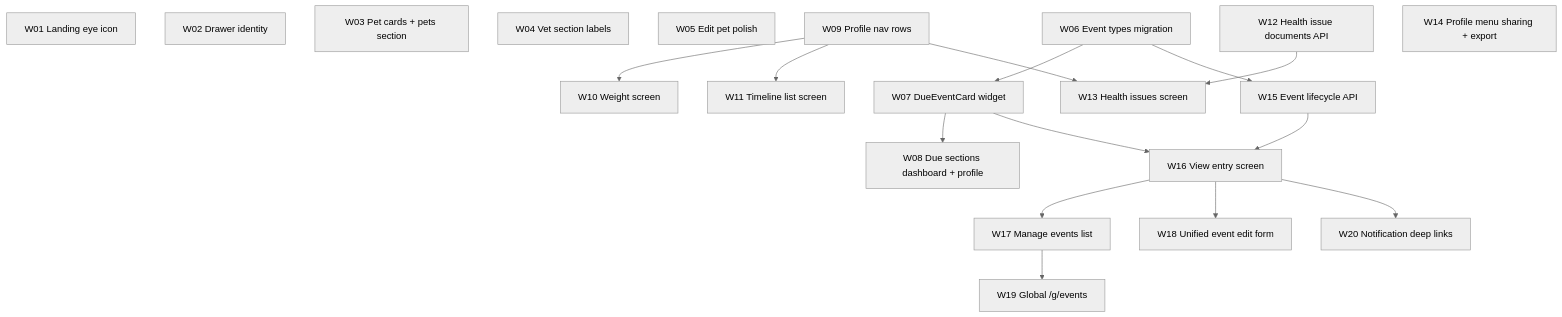
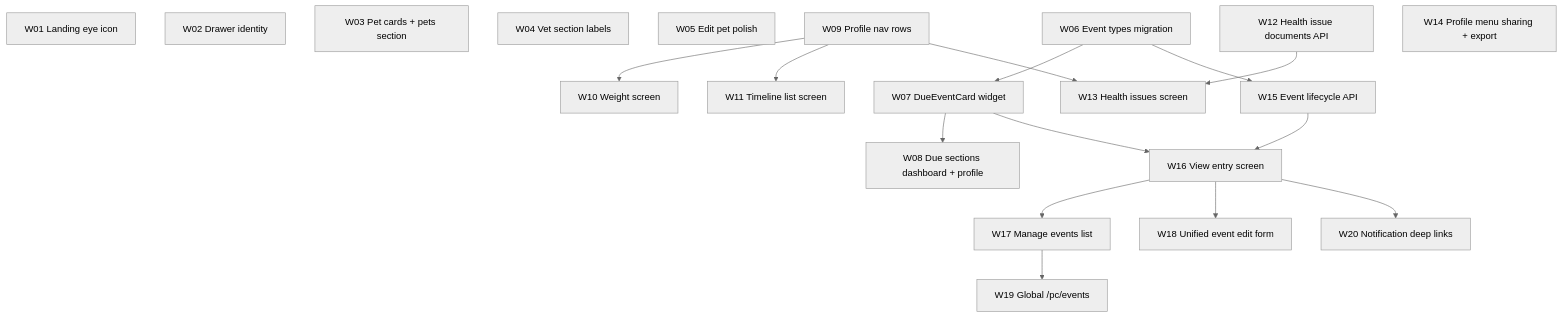
One commit to KanopeeKa/AgathaCheck changed the diagram in docs/domains/pet_profile/changes/guardian-ui-wave2-issue-briefs.md. Above: the diagram before and after it, drawn with Mermaid (neutral theme). The commit also changed other lines of this file and 63 other files, not shown here.

````diff
--- a/docs/domains/pet_profile/changes/guardian-ui-wave2-issue-briefs.md
+++ b/docs/domains/pet_profile/changes/guardian-ui-wave2-issue-briefs.md
@@ -17,37 +17,37 @@
 ```mermaid
 flowchart TD
   W01[W01 Landing eye icon]
   W02[W02 Drawer identity]
   W03[W03 Pet cards + pets section]
   W04[W04 Vet section labels]
   W05[W05 Edit pet polish]
   W06[W06 Event types migration]
   W07[W07 DueEventCard widget]
   W08[W08 Due sections dashboard + profile]
   W09[W09 Profile nav rows]
   W10[W10 Weight screen]
   W11[W11 Timeline list screen]
   W12[W12 Health issue documents API]
   W13[W13 Health issues screen]
   W14[W14 Profile menu sharing + export]
   W15[W15 Event lifecycle API]
   W16[W16 View entry screen]
   W17[W17 Manage events list]
   W18[W18 Unified event edit form]
-  W19[W19 Global /g/events]
+  W19[W19 Global /pc/events]
   W20[W20 Notification deep links]
 
   W06 --> W07
   W07 --> W08
   W06 --> W15
   W15 --> W16
   W07 --> W16
   W16 --> W17
   W16 --> W18
   W17 --> W19
   W16 --> W20
   W12 --> W13
   W09 --> W10
   W09 --> W11
   W09 --> W13
 ```
````
